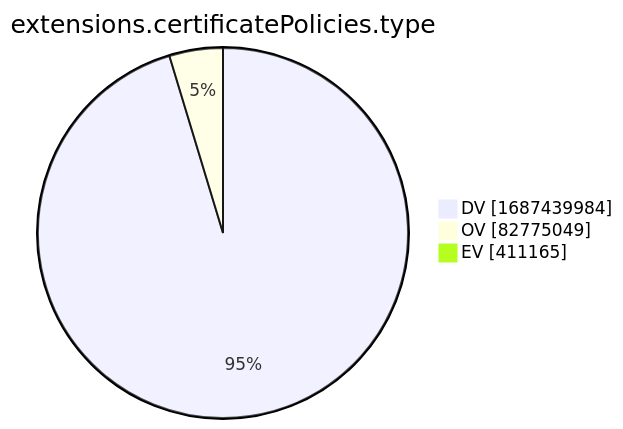
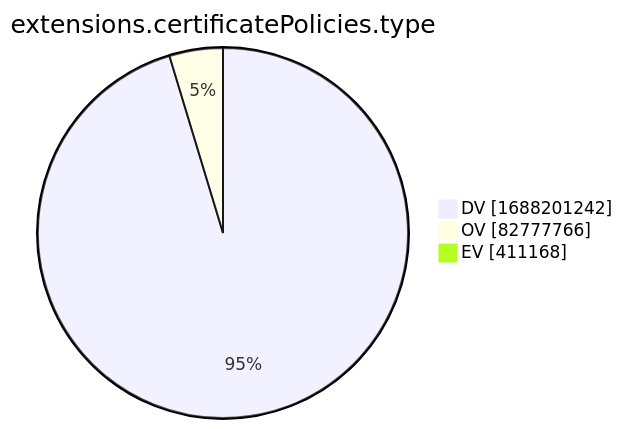
One commit to christiankrug/ctmonitor_visualization changed the tenth of 15 diagrams in xenon2022/README.md. Above: the diagram before and after it, drawn with Mermaid. The commit also changed other lines of this file, not shown here.

````diff
--- a/xenon2022/README.md
+++ b/xenon2022/README.md
@@ -2881,7 +2881,7 @@
 ```mermaid
 pie showData
 title extensions.certificatePolicies.type
-"DV" :1687439984
-"OV" :82775049
-"EV" :411165
+"DV" :1688201242
+"OV" :82777766
+"EV" :411168
 ```
````
